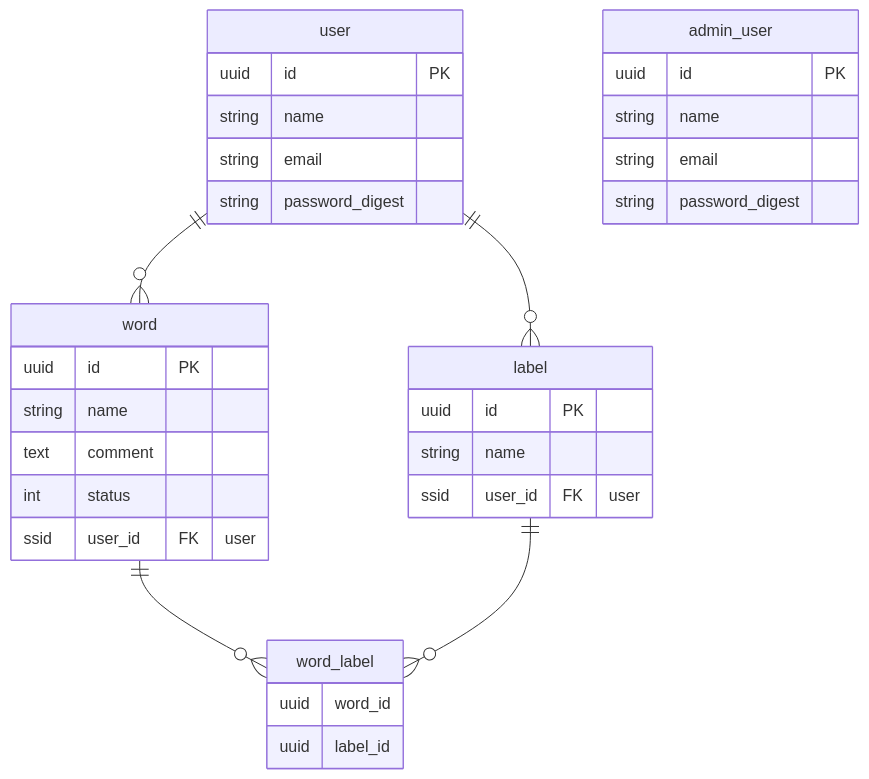
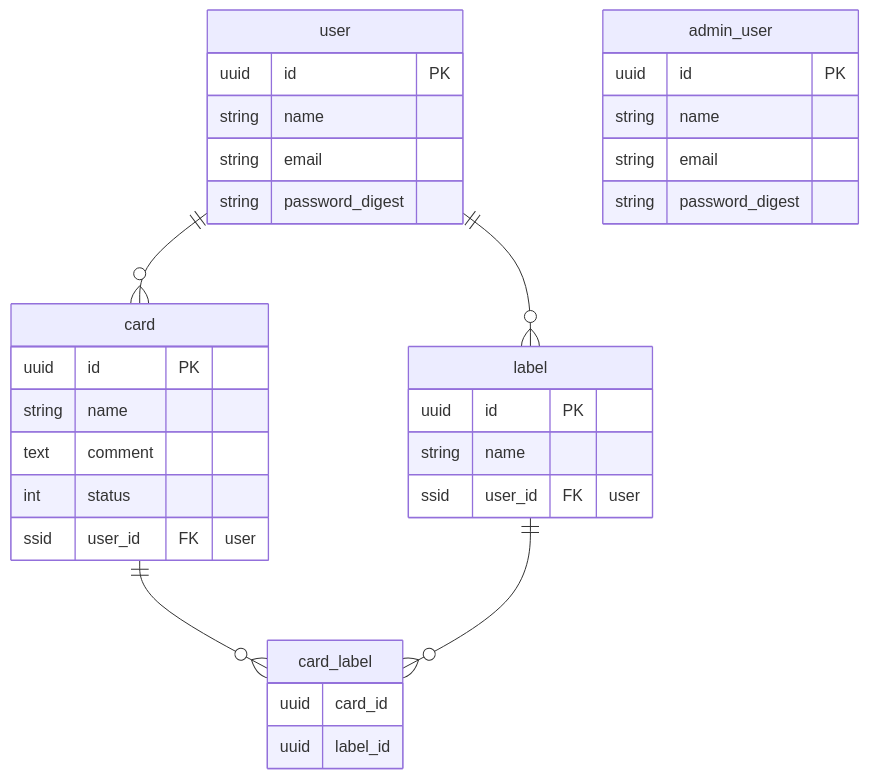
The diagram in docs/er_diagram.md (zhiren1211/english-stock), drawn with Mermaid before and after one commit. The commit also changed 1 other file, not shown here.

Commit message:
modify data structure

````diff
--- a/docs/er_diagram.md
+++ b/docs/er_diagram.md
@@ -1,40 +1,40 @@
 ```mermaid
 erDiagram
     user {
         uuid id PK
         string name
         string email
         string password_digest
     }
 
-    word {
+    card {
         uuid id PK
         string name
         text comment
         int status
         ssid user_id FK "user"
     }
 
     label {
         uuid id PK
         string name
         ssid user_id FK "user"
     }
 
-    word_label {
-        uuid word_id
+    card_label {
+        uuid card_id
         uuid label_id
     }
 
     admin_user {
         uuid id PK
         string name
         string email
         string password_digest
     }
 
-    user ||--o{ word : ""
+    user ||--o{ card : ""
     user ||--o{ label : ""
-    word ||--o{ word_label: ""
-    label ||--o{ word_label: ""
+    card ||--o{ card_label: ""
+    label ||--o{ card_label: ""
 ```
````
